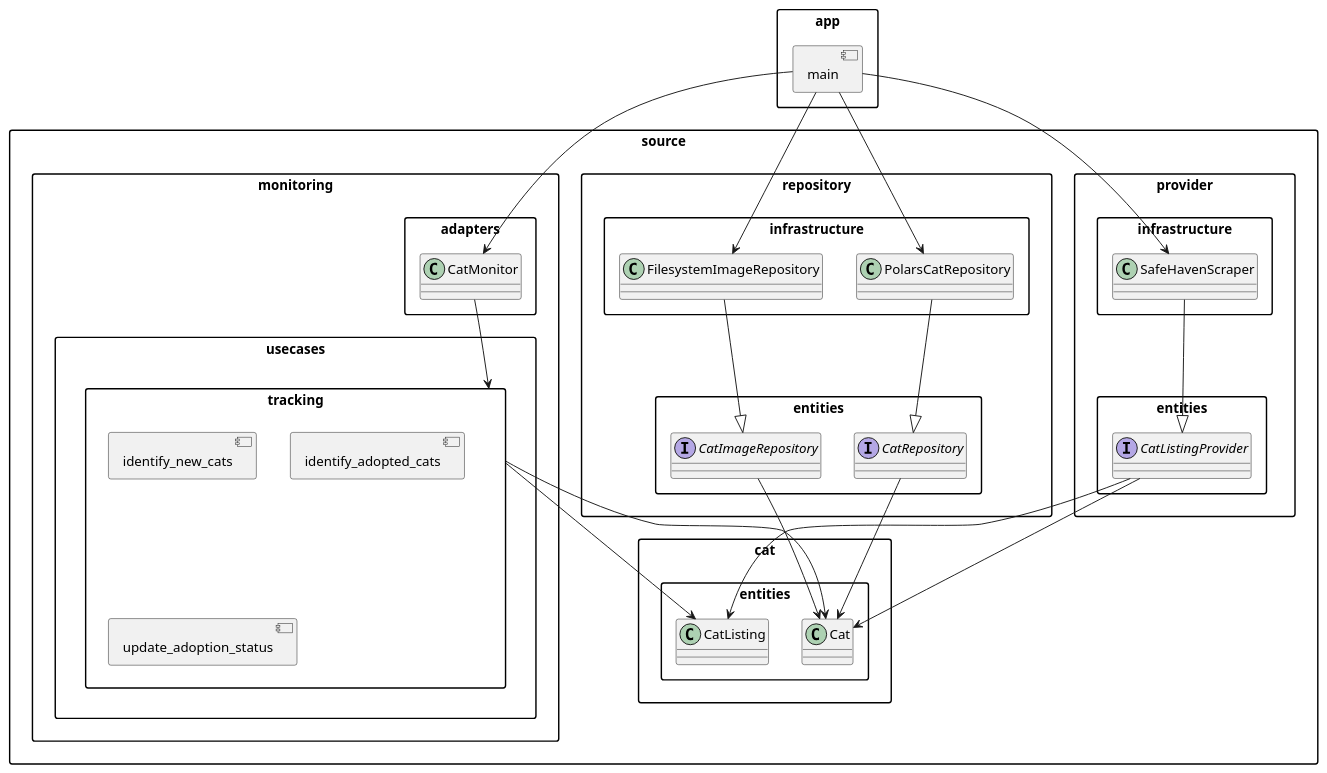
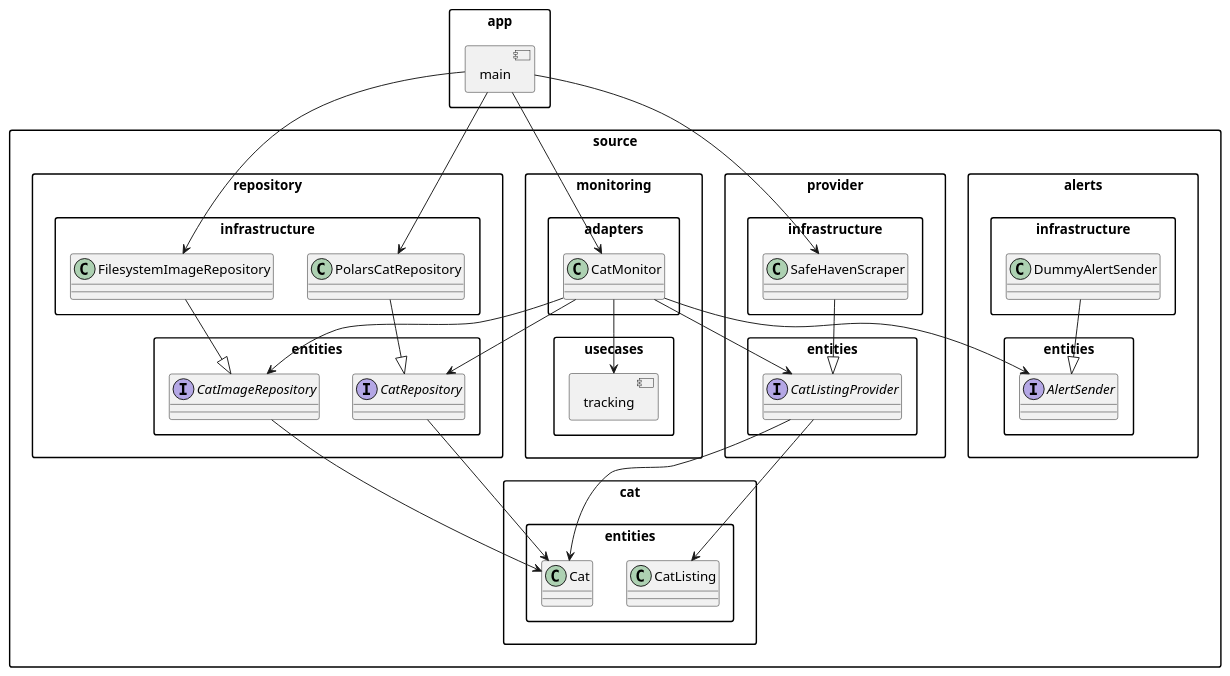
The diagram in architecture.plantuml (tctibbs/feline-finder), drawn with PlantUML before and after one commit. The commit also changed 7 other files, not shown here.

```diff
--- a/architecture.plantuml
+++ b/architecture.plantuml
@@ -1,77 +1,87 @@
 @startuml FelineFinder
 
 skinparam packageStyle rectangle
 allow_mixing
 
 package source {   
     package "cat" {
         package "entities" {
             class Cat
             class CatListing
         }
     }
 
     
     package "provider" {
         package "entities" {
             interface CatListingProvider
 
             CatListingProvider --> CatListing
             CatListingProvider --> Cat
         }
 
         package "infrastructure" {
             class SafeHavenScraper
 
             SafeHavenScraper --|> CatListingProvider
         }
     }
 
     package "repository" {
         package "entities" {
             interface CatRepository
             interface CatImageRepository
 
             CatRepository --> Cat
             CatImageRepository --> Cat
         }
 
         package "infrastructure" {
             class PolarsCatRepository
             class FilesystemImageRepository
 
             PolarsCatRepository --|> CatRepository
             FilesystemImageRepository --|> CatImageRepository
         }
     }
 
+    package "alerts"{
+        package "entities" {
+            interface AlertSender
+        }
+
+        package "infrastructure" {
+            class DummyAlertSender
+
+            DummyAlertSender --|> AlertSender
+        }
+    }
+
     package "monitoring" {
         package "usecases" {
-            package "tracking" {
-                component identify_new_cats
-                component identify_adopted_cats
-                component update_adoption_status
-            }
-            tracking --> Cat 
-            tracking --> CatListing
+            component tracking
         }
 
         package "adapters" {
             class CatMonitor
             CatMonitor --> tracking
+            CatMonitor --> AlertSender
+            CatMonitor --> CatListingProvider
+            CatMonitor --> CatRepository
+            CatMonitor --> CatImageRepository
         }
     }
 }
 
 package "app" {
   component main
 
     main --> CatMonitor
     main --> FilesystemImageRepository
     main --> PolarsCatRepository
     main --> SafeHavenScraper
 }
 
 
 
 @enduml
```
